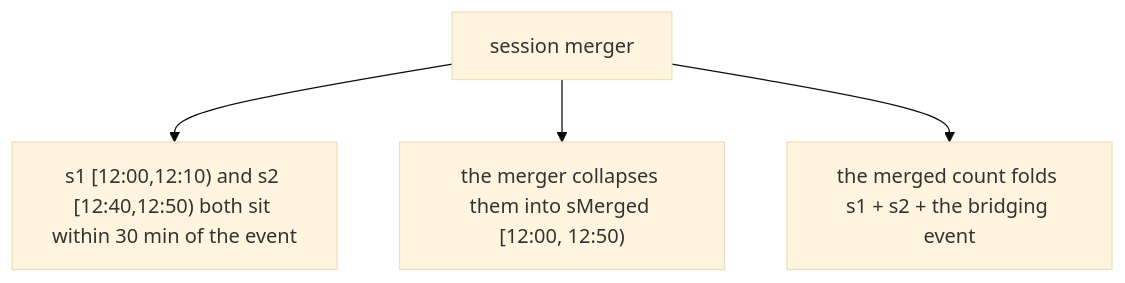
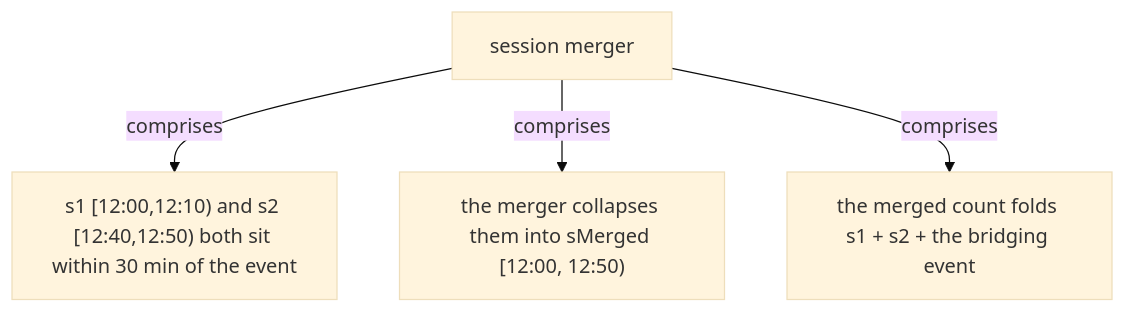
One commit to vinayakuber/streaming-systems-study-guide changed the sixth of 19 diagrams in docs/ch04-advanced-windowing.md. Above: the diagram before and after it, drawn with Mermaid (base theme). The commit also changed other lines of this file and 22 other files, not shown here.

First line of the commit message:
R18: label every diagram arrow with its meaning

````diff
--- a/docs/ch04-advanced-windowing.md
+++ b/docs/ch04-advanced-windowing.md
@@ -168,7 +168,7 @@
 ```mermaid
 flowchart TD
   R["session merger"]
-  R --> P0["s1 [12:00,12:10) and s2 [12:40,12:50) both sit within 30 min of the event"]
-  R --> P1["the merger collapses them into sMerged [12:00, 12:50)"]
-  R --> P2["the merged count folds s1 + s2 + the bridging event"]
+  R -->|"comprises"| P0["s1 [12:00,12:10) and s2 [12:40,12:50) both sit within 30 min of the event"]
+  R -->|"comprises"| P1["the merger collapses them into sMerged [12:00, 12:50)"]
+  R -->|"comprises"| P2["the merged count folds s1 + s2 + the bridging event"]
 ```
````
